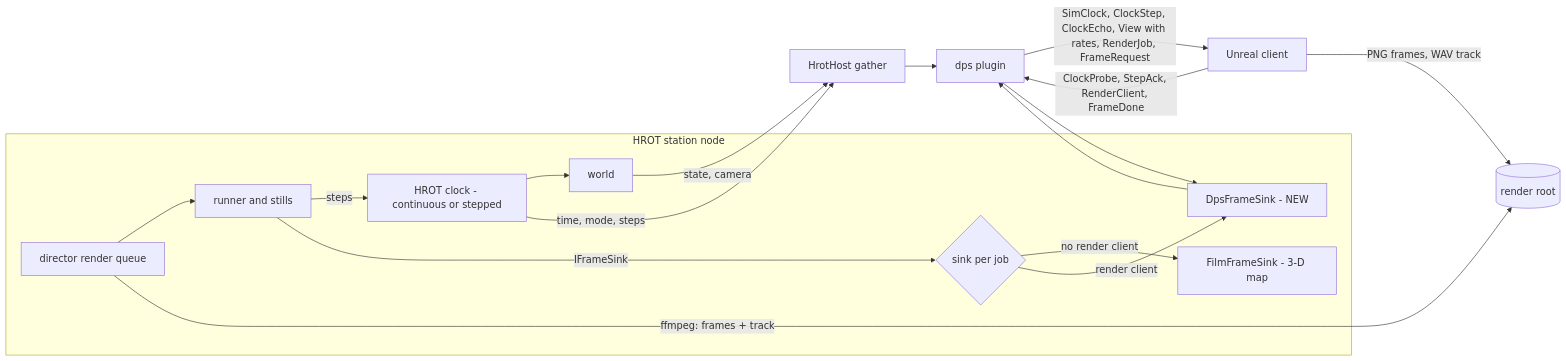
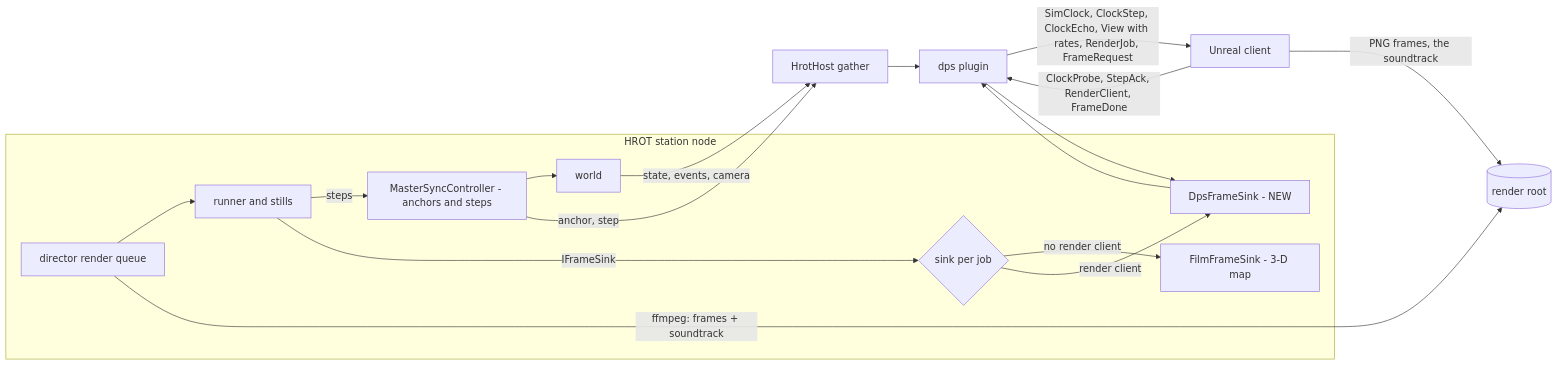
One commit to pjanec/SimNetGateway changed the first of 6 diagrams in docs/design/DD-022-Dps-Director-Rendering.md. Above: the diagram before and after it, drawn with Mermaid. The commit also changed other lines of this file and 3 other files, not shown here.

First line of the commit message:
T-039: DD-022 rev 3 - HROT's time sync measured (anchors, no pulse), the soundtrack built on sim time, the Unreal session's findings

````diff
--- a/docs/design/DD-022-Dps-Director-Rendering.md
+++ b/docs/design/DD-022-Dps-Director-Rendering.md
@@ -69,20 +88,20 @@
 ```mermaid
 flowchart LR
     subgraph HROT station node
-        T[HROT clock - continuous or stepped] --> Wd[world]
+        T[MasterSyncController - anchors and steps] --> Wd[world]
         Q[director render queue] --> R[runner and stills]
         R -->|steps| T
         R -->|"IFrameSink"| SEL{sink per job}
         SEL -->|no render client| M[FilmFrameSink - 3-D map]
         SEL -->|render client| X[DpsFrameSink - NEW]
     end
-    T -->|time, mode, steps| H[HrotHost gather]
-    Wd -->|state, camera| H
+    T -->|anchor, step| H[HrotHost gather]
+    Wd -->|state, events, camera| H
     X --> D[dps plugin]
     H --> D
     D -->|"SimClock, ClockStep, ClockEcho, View with rates, RenderJob, FrameRequest"| U[Unreal client]
     U -->|"ClockProbe, StepAck, RenderClient, FrameDone"| D
     D --> X
-    U -->|"PNG frames, WAV track"| F[(render root)]
-    Q -->|"ffmpeg: frames + track"| F
+    U -->|"PNG frames, the soundtrack"| F[(render root)]
+    Q -->|"ffmpeg: frames + soundtrack"| F
 ```
````
